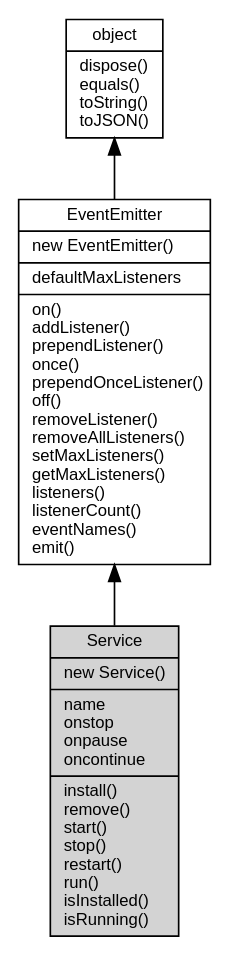
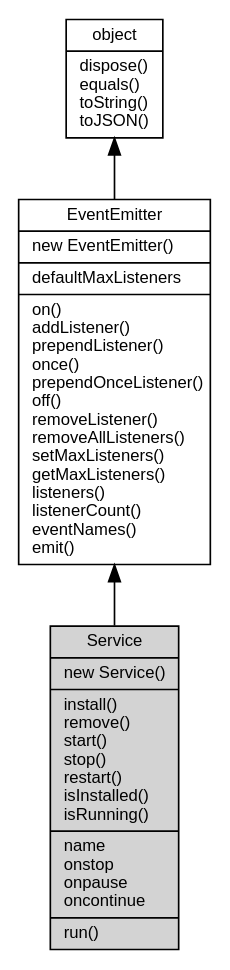
One commit to fibjs/fibjs.org changed the diagram in docs/manual/object/ifs/Service.md. Above: the diagram before and after it, drawn with Graphviz. The commit also changed other lines of this file and 12 other files, not shown here.

````diff
--- a/docs/manual/object/ifs/Service.md
+++ b/docs/manual/object/ifs/Service.md
@@ -5,12 +5,12 @@
 ```dot
 digraph {
     node [fontname="Helvetica,sans-Serif", fontsize=10, shape="record", style="filled", fillcolor="white"];
 
     object [tooltip="object", URL="object.md", label="{object|dispose()\lequals()\ltoString()\ltoJSON()\l}"];
     EventEmitter [tooltip="EventEmitter", URL="EventEmitter.md", label="{EventEmitter|new EventEmitter()\l|defaultMaxListeners\l|on()\laddListener()\lprependListener()\lonce()\lprependOnceListener()\loff()\lremoveListener()\lremoveAllListeners()\lsetMaxListeners()\lgetMaxListeners()\llisteners()\llistenerCount()\leventNames()\lemit()\l}"];
-    Service [tooltip="Service", fillcolor="lightgray", label="{Service|new Service()\l|name\lonstop\lonpause\loncontinue\l|install()\lremove()\lstart()\lstop()\lrestart()\lrun()\lisInstalled()\lisRunning()\l}"];
+    Service [tooltip="Service", fillcolor="lightgray", label="{Service|new Service()\l|install()\lremove()\lstart()\lstop()\lrestart()\lisInstalled()\lisRunning()\l|name\lonstop\lonpause\loncontinue\l|run()\l}"];
 
     object -> EventEmitter [dir=back];
     EventEmitter -> Service [dir=back];
 }
 ```
````
